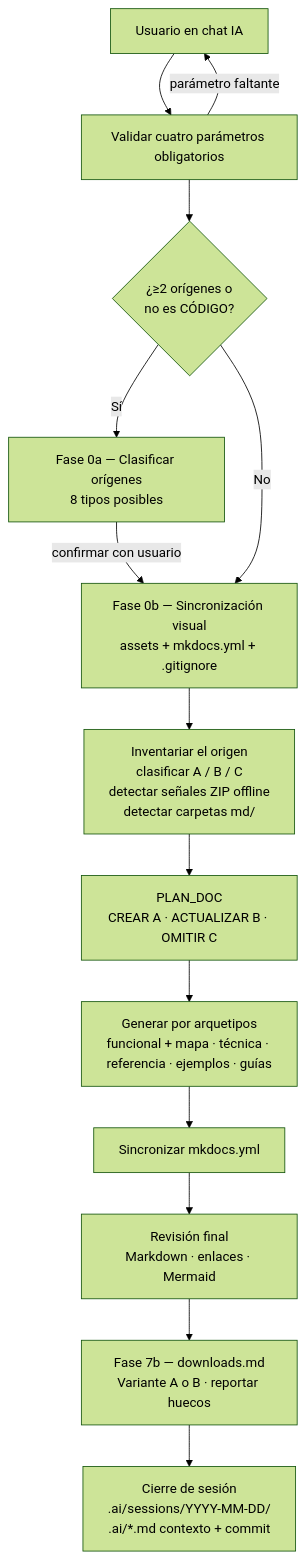
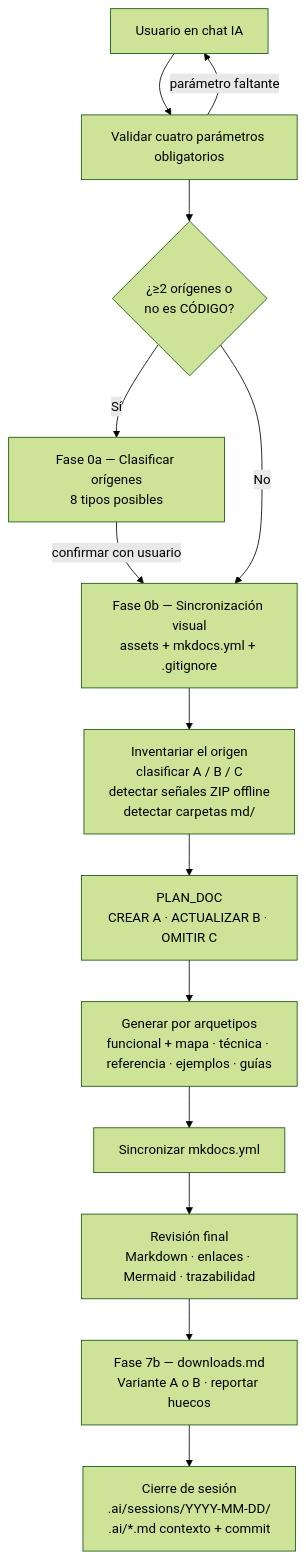
One commit to fmanza/doc_ia changed the diagram in docs/functional/document_project.md. Above: the diagram before and after it, drawn with Mermaid (forest theme). The commit also changed other lines of this file and 35 other files, not shown here.

````diff
--- a/docs/functional/document_project.md
+++ b/docs/functional/document_project.md
@@ -36,16 +45,16 @@
 ```mermaid
 flowchart TD
     U[Usuario en chat IA] --> V[Validar cuatro parámetros obligatorios]
     V -- parámetro faltante --> U
     V --> CL{¿≥2 orígenes o\nno es CÓDIGO?}
     CL -- Sí --> F0a[Fase 0a — Clasificar orígenes<br/>8 tipos posibles]
     F0a -- confirmar con usuario --> F0b
     CL -- No --> F0b[Fase 0b — Sincronización visual<br/>assets + mkdocs.yml + .gitignore]
     F0b --> I[Inventariar el origen<br/>clasificar A / B / C<br/>detectar señales ZIP offline<br/>detectar carpetas md/]
     I --> P[PLAN_DOC<br/>CREAR A · ACTUALIZAR B · OMITIR C]
     P --> G[Generar por arquetipos<br/>funcional + mapa · técnica · referencia · ejemplos · guías]
     G --> N[Sincronizar mkdocs.yml]
-    N --> R[Revisión final<br/>Markdown · enlaces · Mermaid]
+    N --> R[Revisión final<br/>Markdown · enlaces · Mermaid · trazabilidad]
     R --> DL[Fase 7b — downloads.md<br/>Variante A o B · reportar huecos]
     DL --> CS[Cierre de sesión<br/>.ai/sessions/YYYY-MM-DD/<br/>.ai/*.md contexto + commit]
 ```
````
